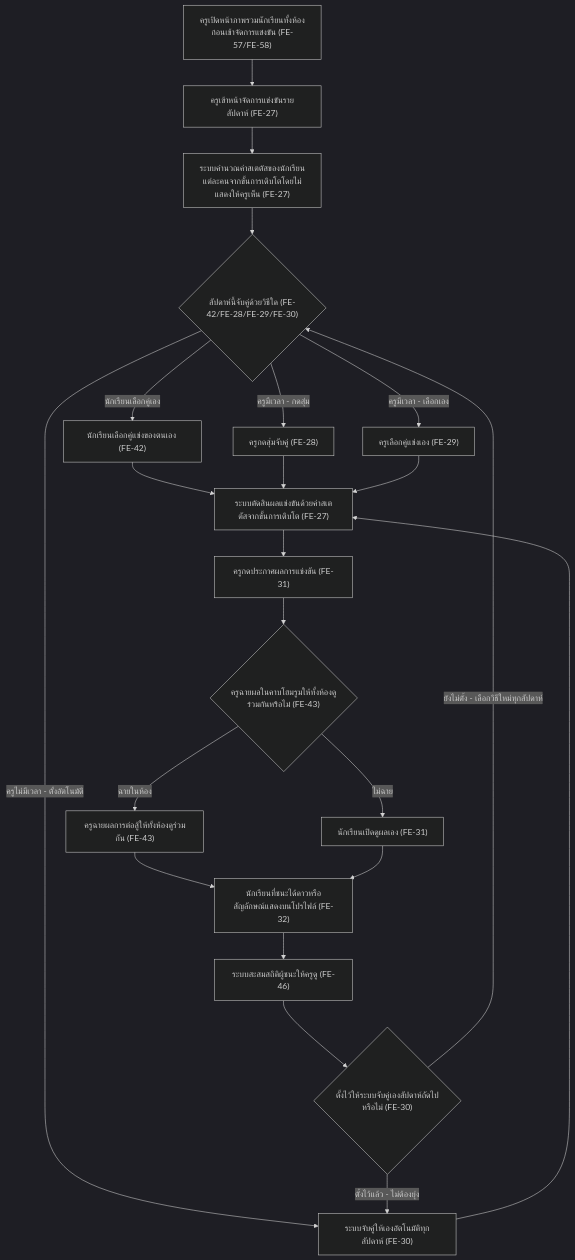
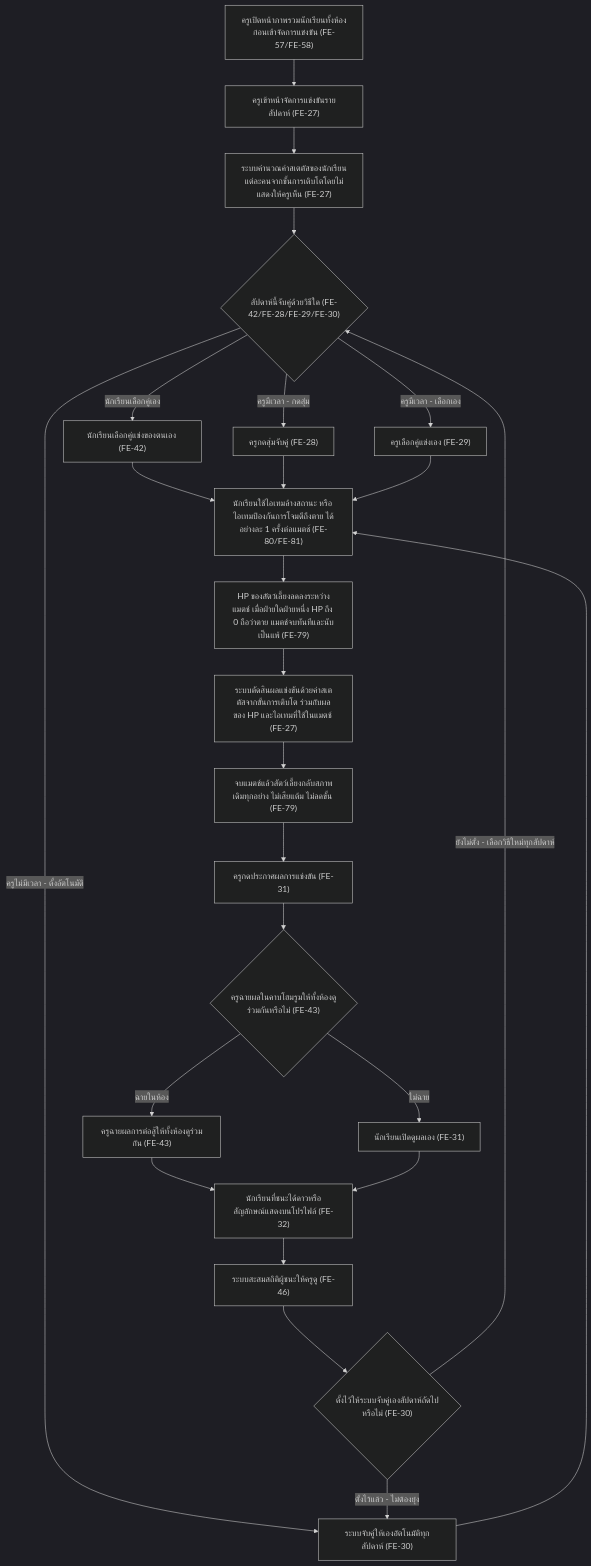
One commit to chanwitwon-ops/war-point changed the third of 4 diagrams in docs/01-requirements/user-journey.md. Above: the diagram before and after it, drawn with Mermaid (dark theme). The commit also changed other lines of this file and 2 other files, not shown here.

````diff
--- a/docs/01-requirements/user-journey.md
+++ b/docs/01-requirements/user-journey.md
@@ -193,24 +206,27 @@
 ```mermaid
 flowchart TD
     A0["ครูเปิดหน้าภาพรวมนักเรียนทั้งห้องก่อนเข้าจัดการแข่งขัน (FE-57/FE-58)"] --> A["ครูเข้าหน้าจัดการแข่งขันรายสัปดาห์ (FE-27)"]
     A --> B["ระบบคำนวณค่าสเตตัสของนักเรียนแต่ละคนจากขั้นการเติบโตโดยไม่แสดงให้ครูเห็น (FE-27)"]
     B --> C{"สัปดาห์นี้จับคู่ด้วยวิธีใด (FE-42/FE-28/FE-29/FE-30)"}
     C -->|"นักเรียนเลือกคู่เอง"| D["นักเรียนเลือกคู่แข่งของตนเอง (FE-42)"]
     C -->|"ครูมีเวลา - กดสุ่ม"| E["ครูกดสุ่มจับคู่ (FE-28)"]
     C -->|"ครูมีเวลา - เลือกเอง"| F["ครูเลือกคู่แข่งเอง (FE-29)"]
     C -->|"ครูไม่มีเวลา - ตั้งอัตโนมัติ"| G["ระบบจับคู่ให้เองอัตโนมัติทุกสัปดาห์ (FE-30)"]
-    D --> H["ระบบตัดสินผลแข่งขันด้วยค่าสเตตัสจากขั้นการเติบโต (FE-27)"]
-    E --> H
-    F --> H
-    G --> H
-    H --> I["ครูกดประกาศผลการแข่งขัน (FE-31)"]
+    D --> P1["นักเรียนใช้ไอเทมล้างสถานะ หรือ ไอเทมป้องกันการโจมตีถึงตาย ได้อย่างละ 1 ครั้งต่อแมตช์ (FE-80/FE-81)"]
+    E --> P1
+    F --> P1
+    G --> P1
+    P1 --> P2["HP ของสัตว์เลี้ยงลดลงระหว่างแมตช์ เมื่อฝ่ายใดฝ่ายหนึ่ง HP ถึง 0 ถือว่าตาย แมตช์จบทันทีและนับเป็นแพ้ (FE-79)"]
+    P2 --> H["ระบบตัดสินผลแข่งขันด้วยค่าสเตตัสจากขั้นการเติบโต ร่วมกับผลของ HP และไอเทมที่ใช้ในแมตช์ (FE-27)"]
+    H --> P3["จบแมตช์แล้วสัตว์เลี้ยงกลับสภาพเดิมทุกอย่าง ไม่เสียแต้ม ไม่ลดขั้น (FE-79)"]
+    P3 --> I["ครูกดประกาศผลการแข่งขัน (FE-31)"]
     I --> J{"ครูฉายผลในคาบโฮมรูมให้ทั้งห้องดูร่วมกันหรือไม่ (FE-43)"}
     J -->|"ฉายในห้อง"| K["ครูฉายผลการต่อสู้ให้ทั้งห้องดูร่วมกัน (FE-43)"]
     J -->|"ไม่ฉาย"| L["นักเรียนเปิดดูผลเอง (FE-31)"]
     K --> M["นักเรียนที่ชนะได้ดาวหรือสัญลักษณ์แสดงบนโปรไฟล์ (FE-32)"]
     L --> M
     M --> N["ระบบสะสมสถิติผู้ชนะให้ครูดู (FE-46)"]
     N --> O{"ตั้งไว้ให้ระบบจับคู่เองสัปดาห์ถัดไปหรือไม่ (FE-30)"}
     O -->|"ตั้งไว้แล้ว - ไม่ต้องยุ่ง"| G
     O -->|"ยังไม่ตั้ง - เลือกวิธีใหม่ทุกสัปดาห์"| C
 ```
````
